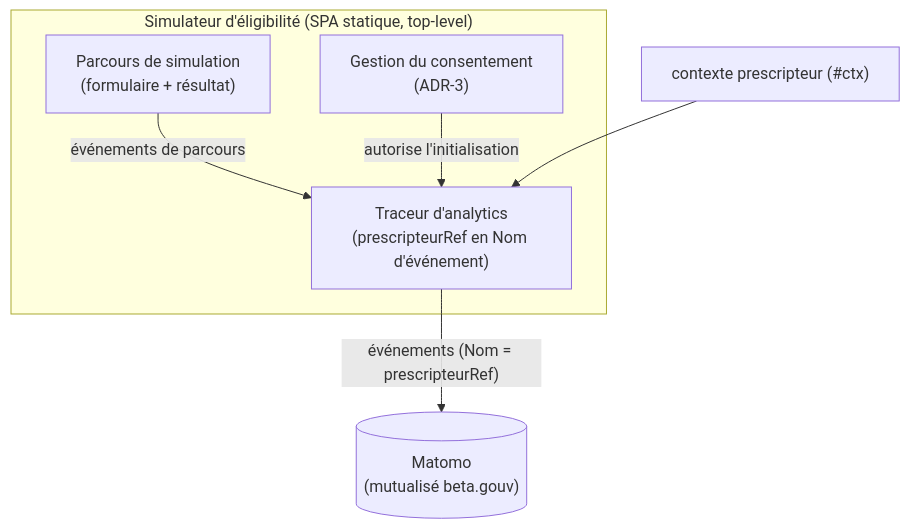
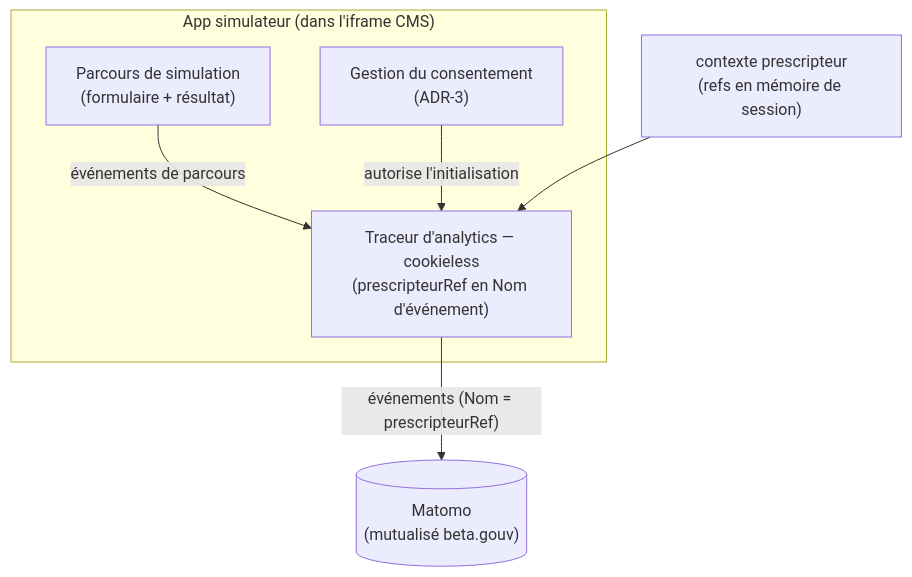
The diagram in docs/architecture/analytics.md (betagouv/transports-sanitaires), drawn with Mermaid before and after one commit. The commit also changed other lines of this file and 83 other files, not shown here.

First line of the commit message:
feat: fusionne identification et simulateur en une app unique

````diff
--- a/docs/architecture/analytics.md
+++ b/docs/architecture/analytics.md
@@ -77,14 +78,14 @@
 ```mermaid
 flowchart TB
-    subgraph simu["Simulateur d'éligibilité (SPA statique, top-level)"]
+    subgraph simu["App simulateur (dans l'iframe CMS)"]
         parcours["Parcours de simulation<br/>(formulaire + résultat)"]
         consent["Gestion du consentement<br/>(ADR-3)"]
-        traceur["Traceur d'analytics<br/>(prescripteurRef en Nom d'événement)"]
+        traceur["Traceur d'analytics — cookieless<br/>(prescripteurRef en Nom d'événement)"]
         parcours -->|"événements de parcours"| traceur
         consent -->|"autorise l'initialisation"| traceur
     end
     matomo[("Matomo<br/>(mutualisé beta.gouv)")]
 
-    ctx["contexte prescripteur (#ctx)"] --> traceur
+    ctx["contexte prescripteur<br/>(refs en mémoire de session)"] --> traceur
     traceur -->|"événements (Nom = prescripteurRef)"| matomo
 ```
````
